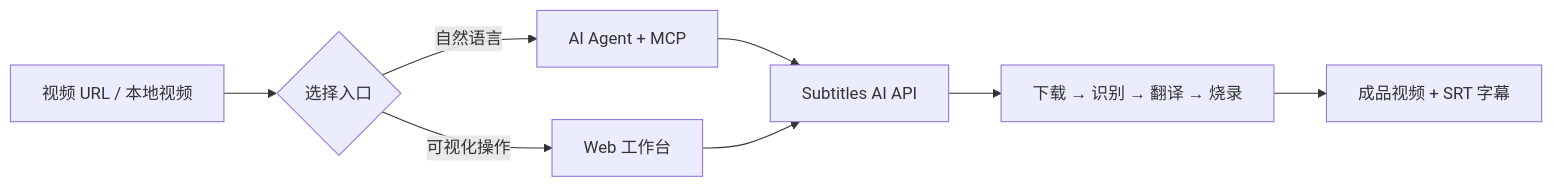
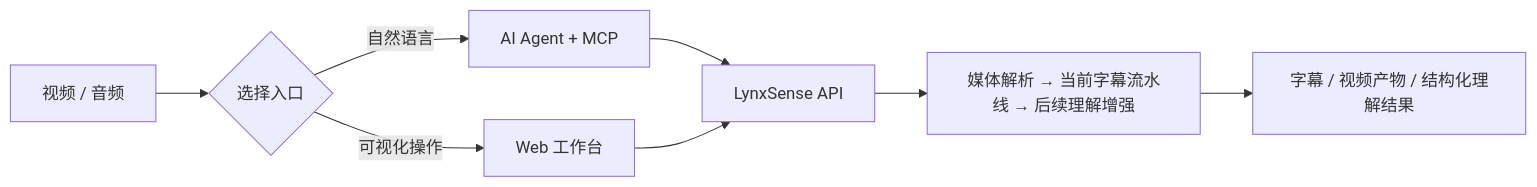
One commit to S-zhi/LynxSense changed the first of 2 diagrams in README.md. Above: the diagram before and after it, drawn with Mermaid. The commit also changed other lines of this file and 2 other files, not shown here.

Commit message:
docs: position LynxSense as media understanding platform

````diff
--- a/README.md
+++ b/README.md
@@ -38,10 +50,10 @@
 ```mermaid
 flowchart LR
-    Input["视频 URL / 本地视频"] --> Entry{"选择入口"}
+    Input["视频 / 音频"] --> Entry{"选择入口"}
     Entry -->|自然语言| Agent["AI Agent + MCP"]
     Entry -->|可视化操作| Web["Web 工作台"]
-    Agent --> API["Subtitles AI API"]
+    Agent --> API["LynxSense API"]
     Web --> API
-    API --> Pipeline["下载 → 识别 → 翻译 → 烧录"]
-    Pipeline --> Output["成品视频 + SRT 字幕"]
+    API --> Pipeline["媒体解析 → 当前字幕流水线 → 后续理解增强"]
+    Pipeline --> Output["字幕 / 视频产物 / 结构化理解结果"]
 ```
````
